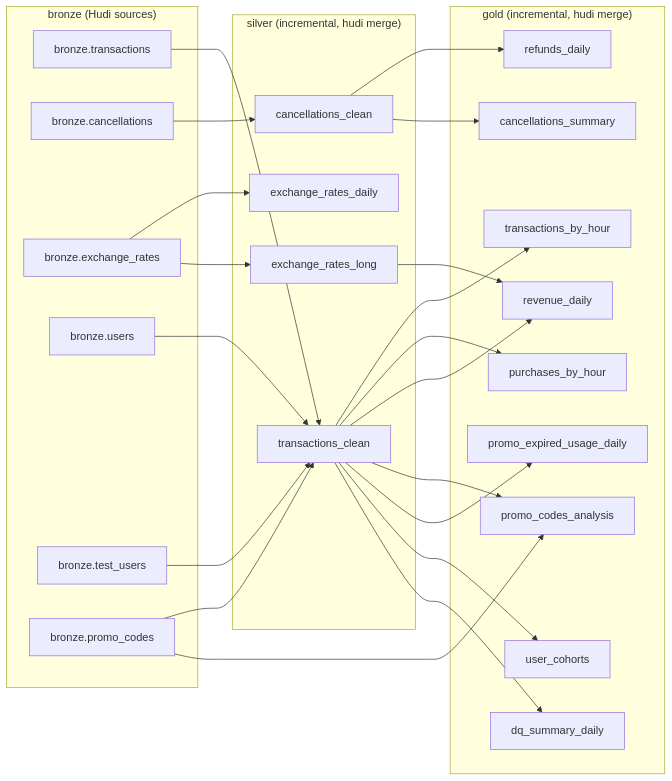
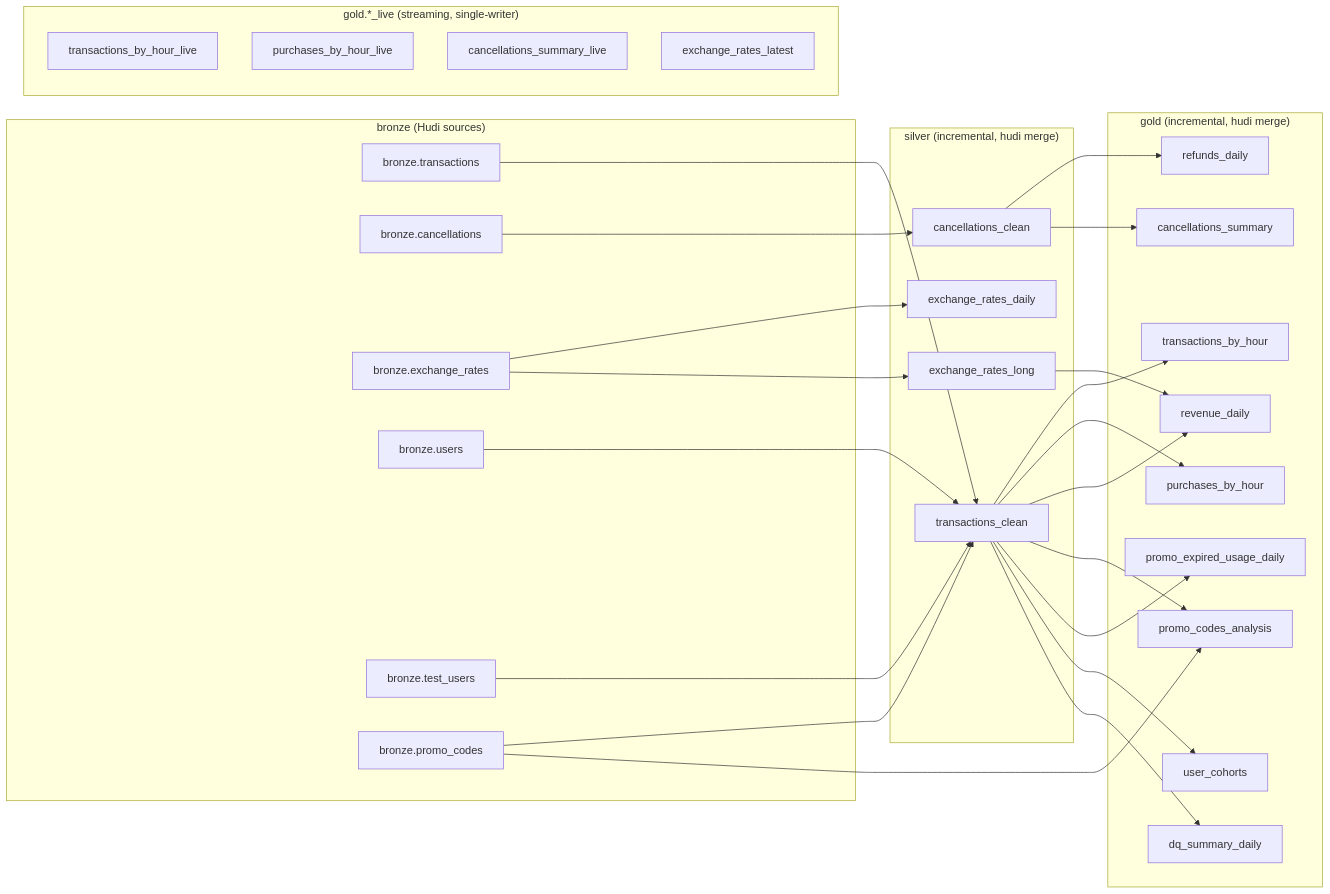
One commit to Alexey-Samodurov/newprolab-de-lab08 changed the sixth of 9 diagrams in docs/01-detailed-architecture.md. Above: the diagram before and after it, drawn with Mermaid. The commit also changed other lines of this file and 44 other files, not shown here.

````diff
--- a/docs/01-detailed-architecture.md
+++ b/docs/01-detailed-architecture.md
@@ -193,46 +201,52 @@
 ```mermaid
 flowchart LR
   subgraph "bronze (Hudi sources)"
     BTX[bronze.transactions]
     BCAN[bronze.cancellations]
     BER[bronze.exchange_rates]
     BUSR[bronze.users]
     BTU[bronze.test_users]
     BPC[bronze.promo_codes]
   end
   subgraph "silver (incremental, hudi merge)"
     STX[transactions_clean]
     SCAN[cancellations_clean]
     SER[exchange_rates_daily]
     SERL[exchange_rates_long]
   end
   subgraph "gold (incremental, hudi merge)"
     GTBH[transactions_by_hour]
     GPBH[purchases_by_hour]
     GREV[revenue_daily]
     GREF[refunds_daily]
     GPROMO[promo_codes_analysis]
     GPEXP[promo_expired_usage_daily]
     GCAN[cancellations_summary]
     GCOH[user_cohorts]
     GDQ[dq_summary_daily]
   end
+  subgraph "gold.*_live (streaming, single-writer)"
+    GTBHL[transactions_by_hour_live]
+    GPBHL[purchases_by_hour_live]
+    GCANL[cancellations_summary_live]
+    GERL2[exchange_rates_latest]
+  end
   BTX --> STX
   BUSR --> STX
   BTU --> STX
   BPC --> STX
   BCAN --> SCAN
   BER --> SER
   BER --> SERL
   STX --> GTBH
   STX --> GPBH
   STX --> GREV
   SERL --> GREV
   STX --> GPROMO
   BPC --> GPROMO
   STX --> GPEXP
   SCAN --> GREF
   SCAN --> GCAN
   STX --> GCOH
   STX --> GDQ
 ```
````
